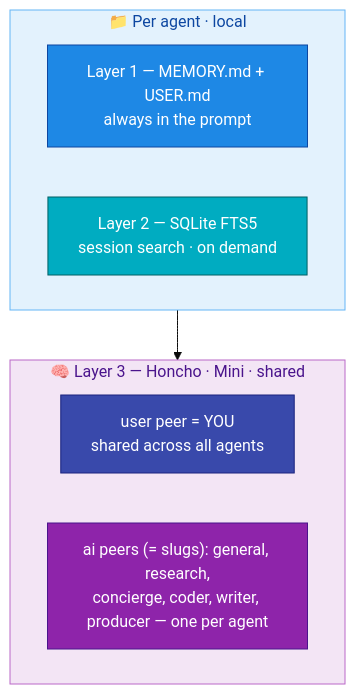
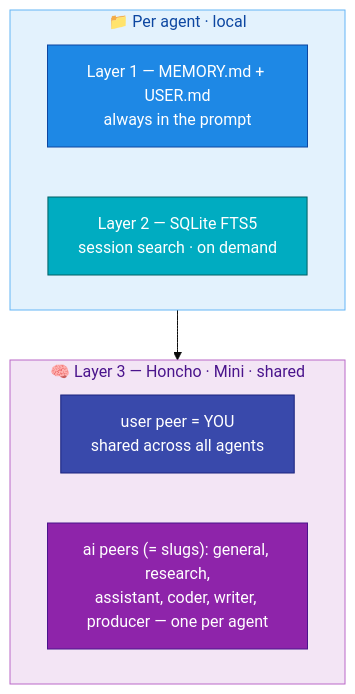
One commit to mpolatcan/hermes-setup changed the first of 2 diagrams in docs/07-memory.md. Above: the diagram before and after it, drawn with Mermaid (base theme). The commit also changed other lines of this file and 12 other files, not shown here.

First line of the commit message:
docs: rename slug concierge -> assistant (clearer functional label)

````diff
--- a/docs/07-memory.md
+++ b/docs/07-memory.md
@@ -7,18 +7,18 @@
 ```mermaid
 flowchart TB
     subgraph per["📁 Per agent · local"]
         L1["Layer 1 — MEMORY.md + USER.md<br/>always in the prompt"]:::l1
         L2["Layer 2 — SQLite FTS5<br/>session search · on demand"]:::l2
     end
     subgraph hon["🧠 Layer 3 — Honcho · Mini · shared"]
         user["user peer = YOU<br/>shared across all agents"]:::user
-        peers["ai peers (= slugs): general, research,<br/>concierge, coder, writer, producer — one per agent"]:::infra
+        peers["ai peers (= slugs): general, research,<br/>assistant, coder, writer, producer — one per agent"]:::infra
     end
     per --> hon
     classDef l1 fill:#1E88E5,stroke:#0D47A1,color:#fff
     classDef l2 fill:#00ACC1,stroke:#006064,color:#fff
     classDef user fill:#3949AB,stroke:#1A237E,color:#fff
     classDef infra fill:#8E24AA,stroke:#4A148C,color:#fff
     style per fill:#E3F2FD,stroke:#64B5F6,color:#0D47A1
     style hon fill:#F3E5F5,stroke:#BA68C8,color:#4A148C
 ```
````
